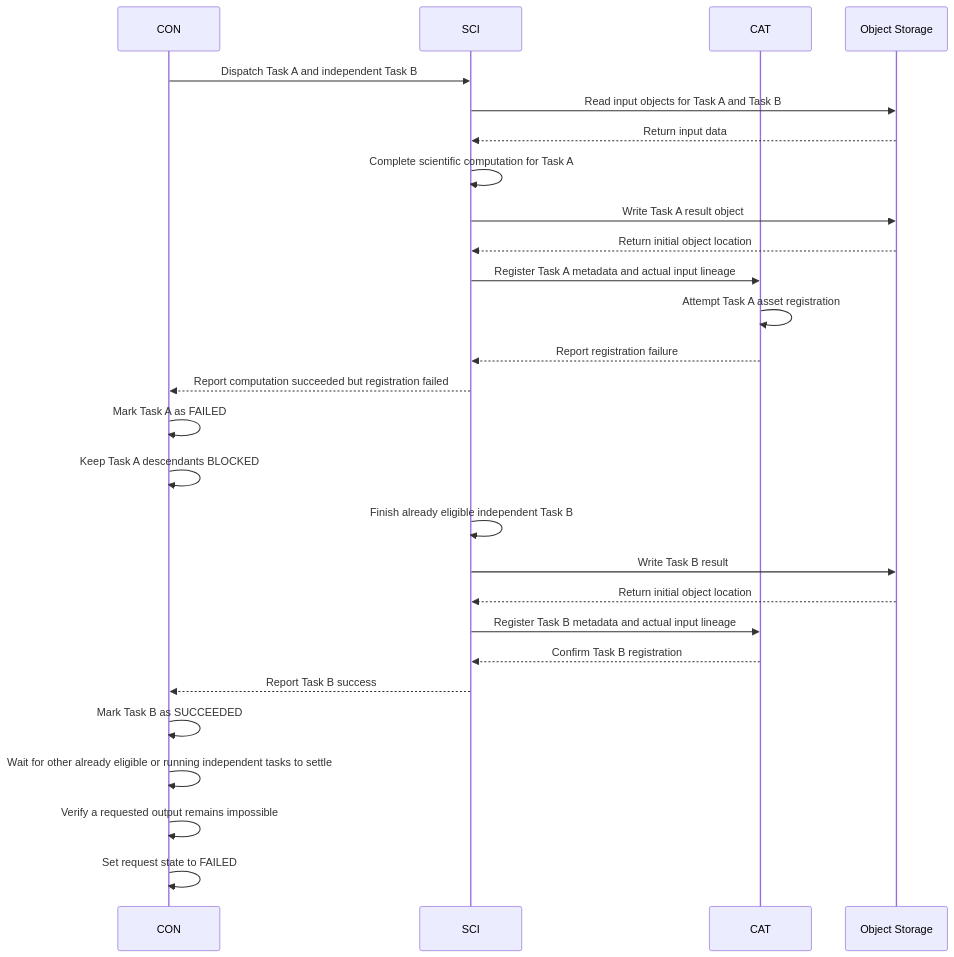
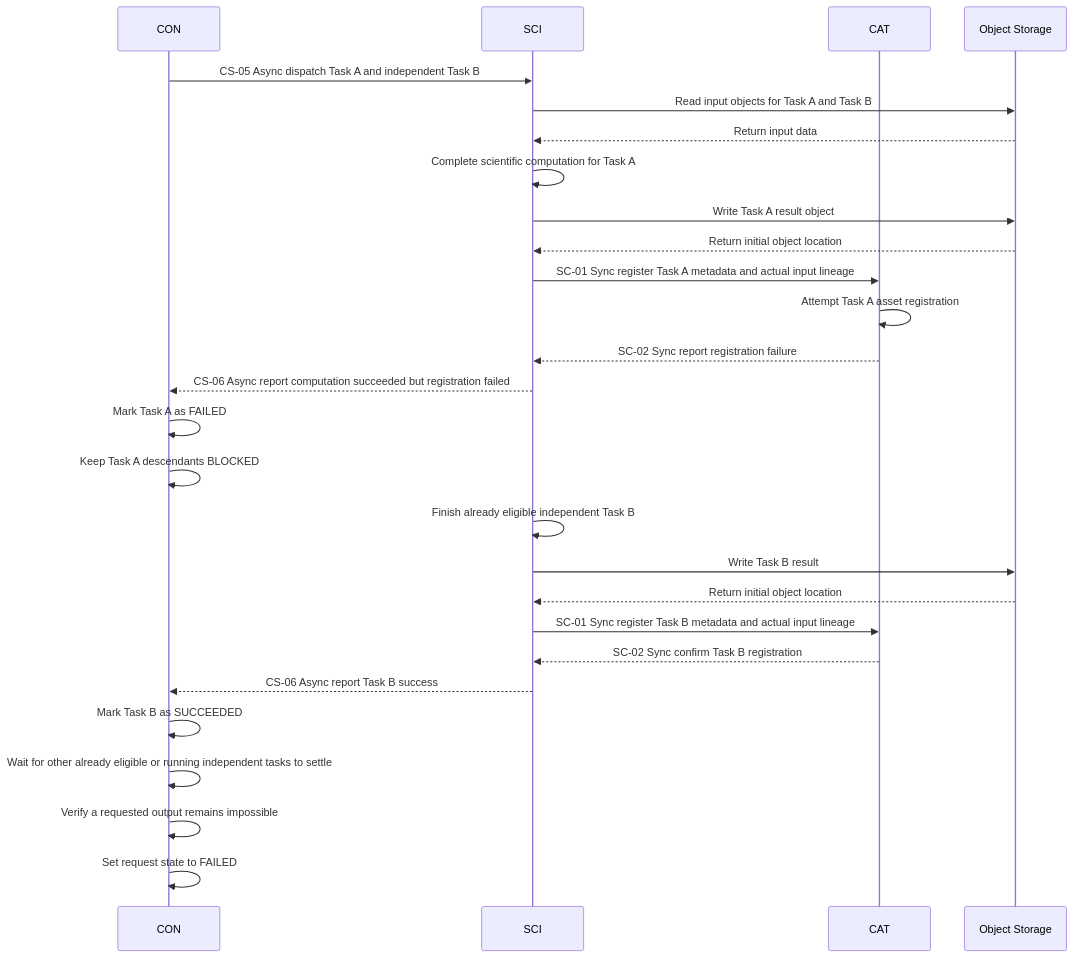
Before and after one commit to arnaudsomville/MEOGAP: the third of 4 diagrams in documentation/architecture/sequence_diagrams/failure-and-recovery.md, drawn with Mermaid. The commit also changed other lines of this file, not shown here.

Commit message:
Annotate async and sync workflow steps

````diff
--- a/documentation/architecture/sequence_diagrams/failure-and-recovery.md
+++ b/documentation/architecture/sequence_diagrams/failure-and-recovery.md
@@ -88,32 +88,32 @@
 ```mermaid
 sequenceDiagram
     participant CON
     participant SCI
     participant CAT
     participant S3 as Object Storage
 
-    CON->>SCI: Dispatch Task A and independent Task B
+    CON->>SCI: CS-05 Async dispatch Task A and independent Task B
     SCI->>S3: Read input objects for Task A and Task B
     S3-->>SCI: Return input data
     SCI->>SCI: Complete scientific computation for Task A
     SCI->>S3: Write Task A result object
     S3-->>SCI: Return initial object location
-    SCI->>CAT: Register Task A metadata and actual input lineage
+    SCI->>CAT: SC-01 Sync register Task A metadata and actual input lineage
     CAT->>CAT: Attempt Task A asset registration
-    CAT-->>SCI: Report registration failure
-    SCI-->>CON: Report computation succeeded but registration failed
+    CAT-->>SCI: SC-02 Sync report registration failure
+    SCI-->>CON: CS-06 Async report computation succeeded but registration failed
     CON->>CON: Mark Task A as FAILED
     CON->>CON: Keep Task A descendants BLOCKED
 
     SCI->>SCI: Finish already eligible independent Task B
     SCI->>S3: Write Task B result
     S3-->>SCI: Return initial object location
-    SCI->>CAT: Register Task B metadata and actual input lineage
-    CAT-->>SCI: Confirm Task B registration
-    SCI-->>CON: Report Task B success
+    SCI->>CAT: SC-01 Sync register Task B metadata and actual input lineage
+    CAT-->>SCI: SC-02 Sync confirm Task B registration
+    SCI-->>CON: CS-06 Async report Task B success
     CON->>CON: Mark Task B as SUCCEEDED
 
     CON->>CON: Wait for other already eligible or running independent tasks to settle
     CON->>CON: Verify a requested output remains impossible
     CON->>CON: Set request state to FAILED
 ```
````
